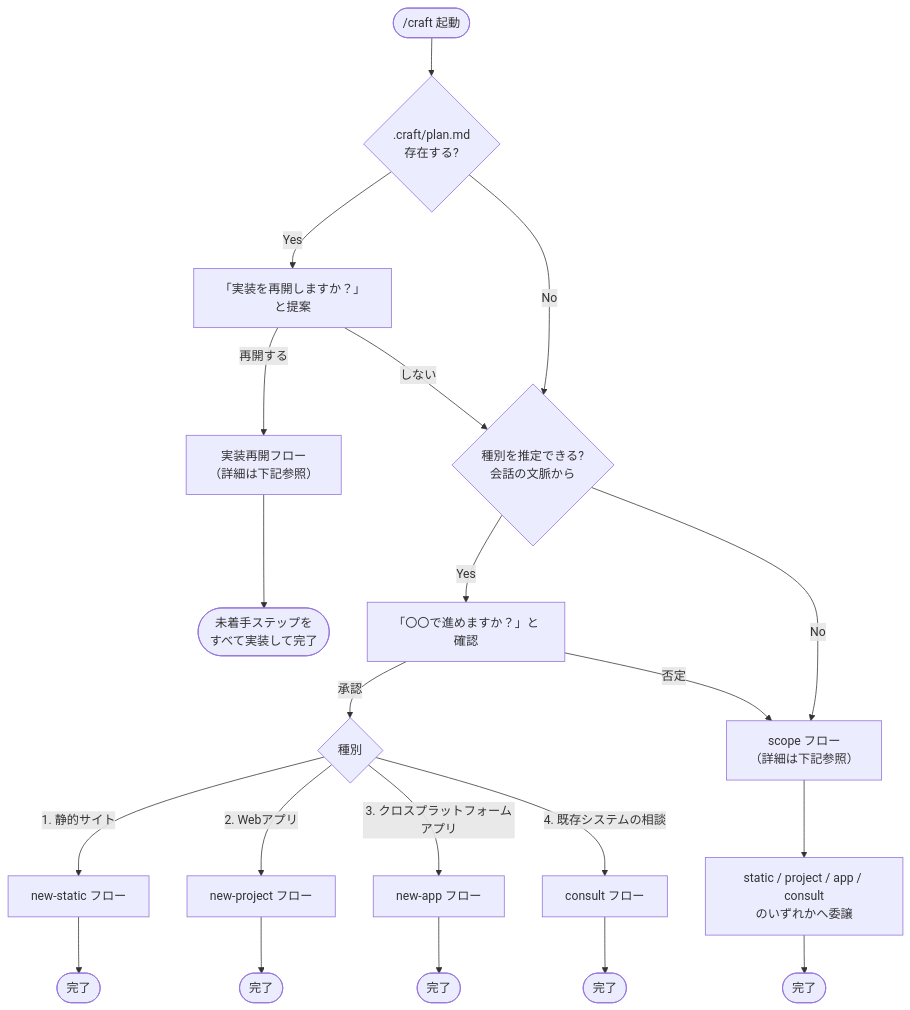
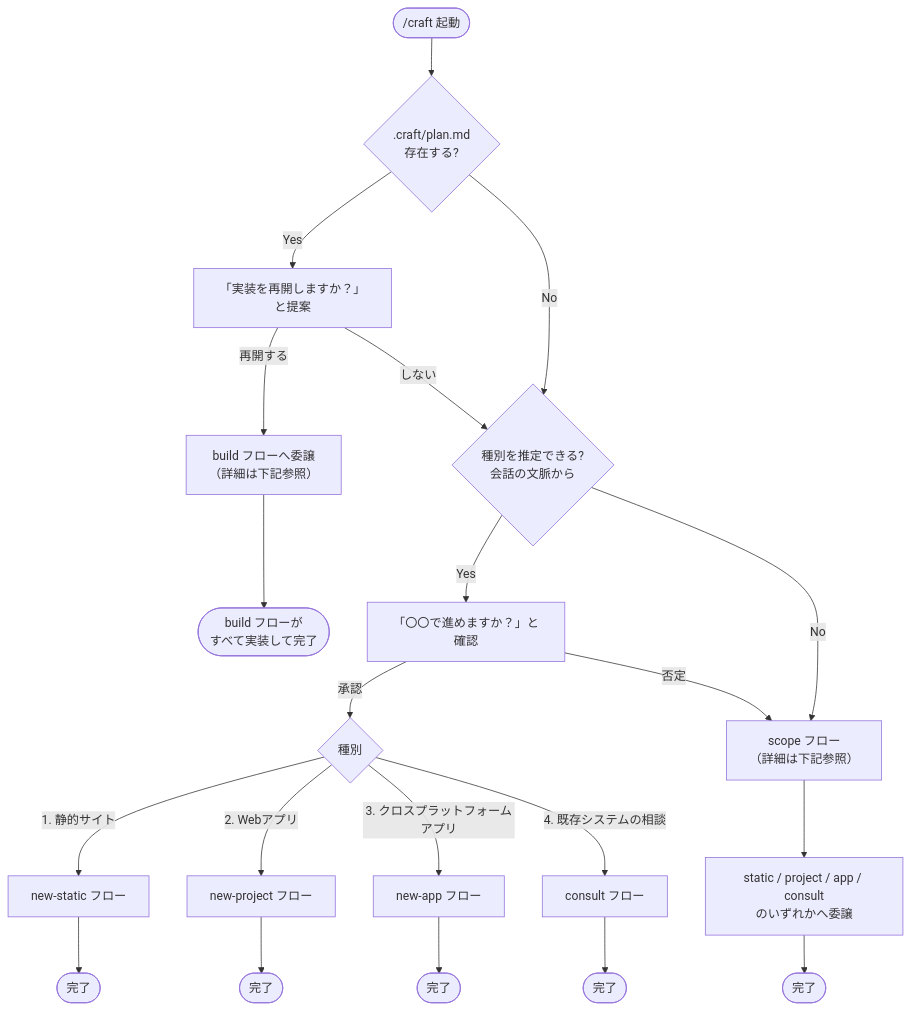
One commit to agaemo/dotfiles changed the first of 9 diagrams in claude/skills/craft/README.md. Above: the diagram before and after it, drawn with Mermaid. The commit also changed other lines of this file and 7 other files, not shown here.

````diff
--- a/claude/skills/craft/README.md
+++ b/claude/skills/craft/README.md
@@ -10,28 +10,28 @@
 ```mermaid
 flowchart TD
     START([/craft 起動]) --> DETECT{.craft/plan.md\n存在する?}
     DETECT -->|Yes| SUGGEST["「実装を再開しますか？」と提案"]
-    SUGGEST -->|再開する| RESUME["実装再開フロー\n（詳細は下記参照）"]
+    SUGGEST -->|再開する| RESUME["build フローへ委譲\n（詳細は下記参照）"]
     SUGGEST -->|しない| INFER
     DETECT -->|No| INFER
 
     INFER{種別を推定できる?\n会話の文脈から}
     INFER -->|Yes| CONFIRM["「〇〇で進めますか？」と確認"]
     CONFIRM -->|承認| DIRECT{種別}
     CONFIRM -->|否定| SCOPE
     INFER -->|No| SCOPE["scope フロー\n（詳細は下記参照）"]
 
     DIRECT -->|1. 静的サイト| STATIC[new-static フロー]
     DIRECT -->|2. Webアプリ| DYNAMIC[new-project フロー]
     DIRECT -->|3. クロスプラットフォームアプリ| APP[new-app フロー]
     DIRECT -->|4. 既存システムの相談| CONSULT[consult フロー]
 
     SCOPE --> ROUTED[static / project / app / consult\nのいずれかへ委譲]
 
     STATIC --> END_S([完了])
     DYNAMIC --> END_D([完了])
     APP --> END_A([完了])
     CONSULT --> END_C([完了])
     ROUTED --> END_SC([完了])
-    RESUME --> END_R([未着手ステップを\nすべて実装して完了])
+    RESUME --> END_R([build フローが\nすべて実装して完了])
 ```
````
